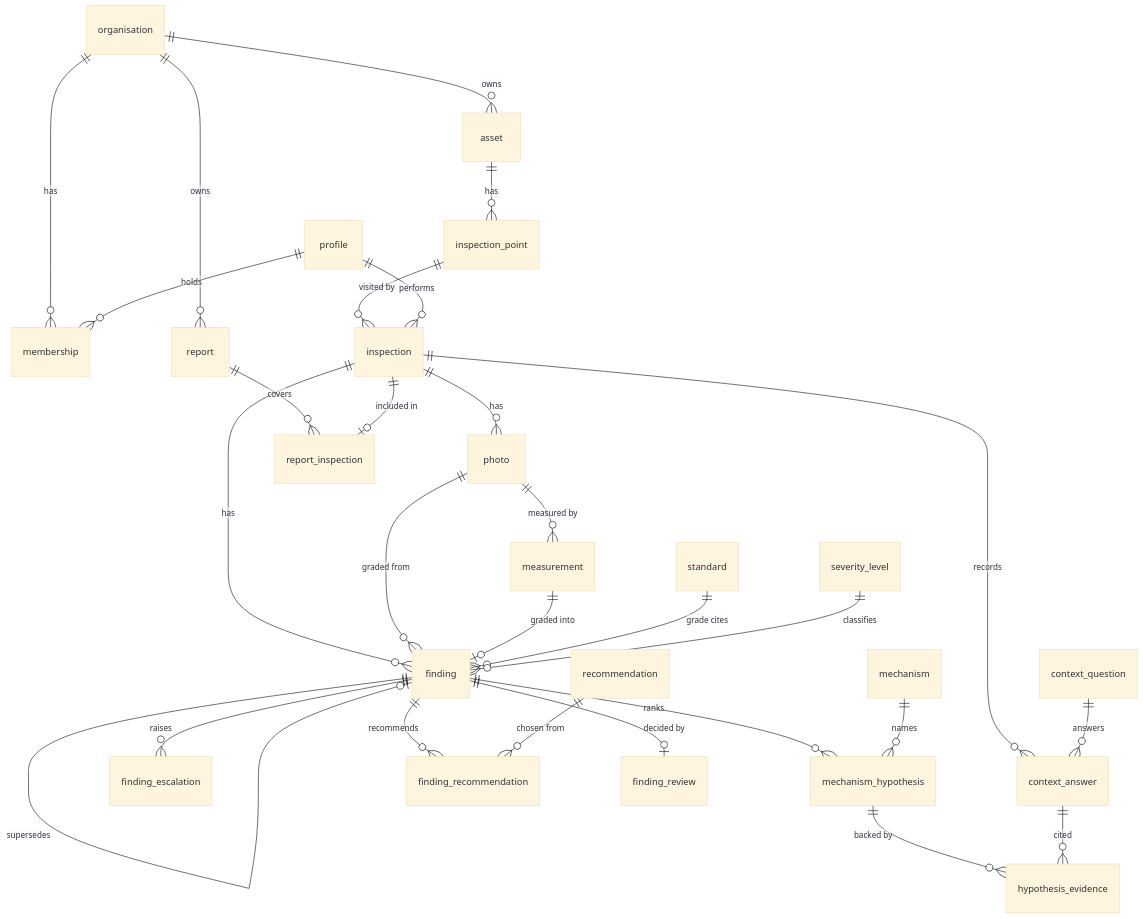
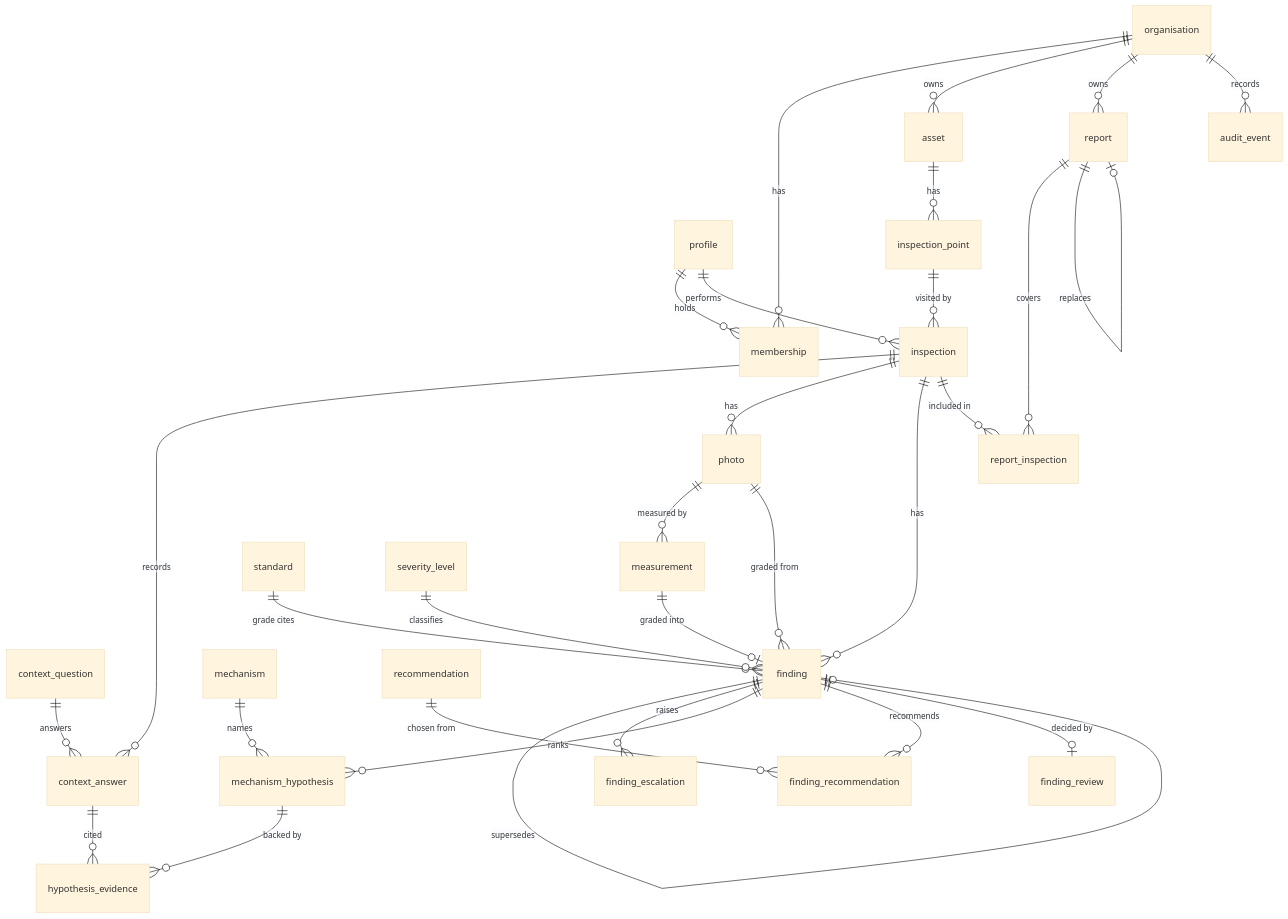
One commit to Muddyscode/Anode changed the first of 5 diagrams in docs/domain-model.md. Above: the diagram before and after it, drawn with Mermaid (base theme). The commit also changed other lines of this file and 2 other files, not shown here.

````diff
--- a/docs/domain-model.md
+++ b/docs/domain-model.md
@@ -69,30 +70,32 @@
 ```mermaid
 erDiagram
     organisation ||--o{ membership : has
     profile ||--o{ membership : holds
     organisation ||--o{ asset : owns
     asset ||--o{ inspection_point : has
     inspection_point ||--o{ inspection : "visited by"
     profile ||--o{ inspection : performs
     inspection ||--o{ context_answer : records
     context_question ||--o{ context_answer : answers
     inspection ||--o{ photo : has
     photo ||--o{ measurement : "measured by"
     inspection ||--o{ finding : has
     photo ||--o{ finding : "graded from"
     measurement ||--o| finding : "graded into"
     standard ||--o{ finding : "grade cites"
     severity_level ||--o{ finding : classifies
     finding ||--o| finding : supersedes
     finding ||--o{ finding_escalation : raises
     finding ||--o{ mechanism_hypothesis : ranks
     mechanism ||--o{ mechanism_hypothesis : names
     mechanism_hypothesis ||--o{ hypothesis_evidence : "backed by"
     context_answer ||--o{ hypothesis_evidence : cited
     finding ||--o{ finding_recommendation : recommends
     recommendation ||--o{ finding_recommendation : "chosen from"
     finding ||--o| finding_review : "decided by"
     organisation ||--o{ report : owns
     report ||--o{ report_inspection : covers
-    inspection ||--o| report_inspection : "included in"
+    inspection ||--o{ report_inspection : "included in"
+    report ||--o| report : replaces
+    organisation ||--o{ audit_event : records
 ```
````
